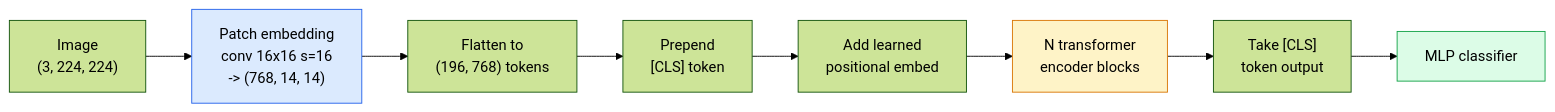
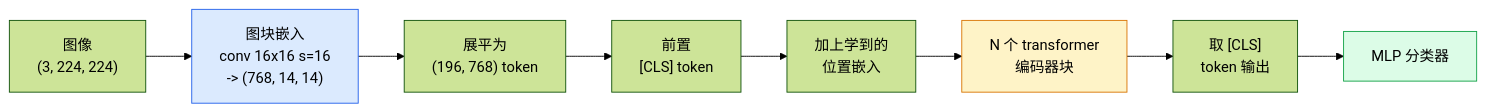
Before and after one commit to guangningsun/ailearning: the diagram in lessons/04-computer-vision/14-vision-transformers/docs/zh.md, drawn with Mermaid (forest theme). The commit also changed other lines of this file and 29 other files, not shown here.

````diff
--- a/lessons/04-computer-vision/14-vision-transformers/docs/zh.md
+++ b/lessons/04-computer-vision/14-vision-transformers/docs/zh.md
@@ -29,14 +29,14 @@
 ```mermaid
 flowchart LR
-    IMG["Image<br/>(3, 224, 224)"] --> PATCH["Patch embedding<br/>conv 16x16 s=16<br/>-> (768, 14, 14)"]
-    PATCH --> FLAT["Flatten to<br/>(196, 768) tokens"]
-    FLAT --> CAT["Prepend<br/>[CLS] token"]
-    CAT --> POS["Add learned<br/>positional embed"]
-    POS --> ENC["N transformer<br/>encoder blocks"]
-    ENC --> CLS["Take [CLS]<br/>token output"]
-    CLS --> HEAD["MLP classifier"]
+    IMG["图像<br/>(3, 224, 224)"] --> PATCH["图块嵌入<br/>conv 16x16 s=16<br/>-> (768, 14, 14)"]
+    PATCH --> FLAT["展平为<br/>(196, 768) token"]
+    FLAT --> CAT["前置<br/>[CLS] token"]
+    CAT --> POS["加上学到的<br/>位置嵌入"]
+    POS --> ENC["N 个 transformer<br/>编码器块"]
+    ENC --> CLS["取 [CLS]<br/>token 输出"]
+    CLS --> HEAD["MLP 分类器"]
 
     style PATCH fill:#dbeafe,stroke:#2563eb
     style ENC fill:#fef3c7,stroke:#d97706
     style HEAD fill:#dcfce7,stroke:#16a34a
 ```
````
